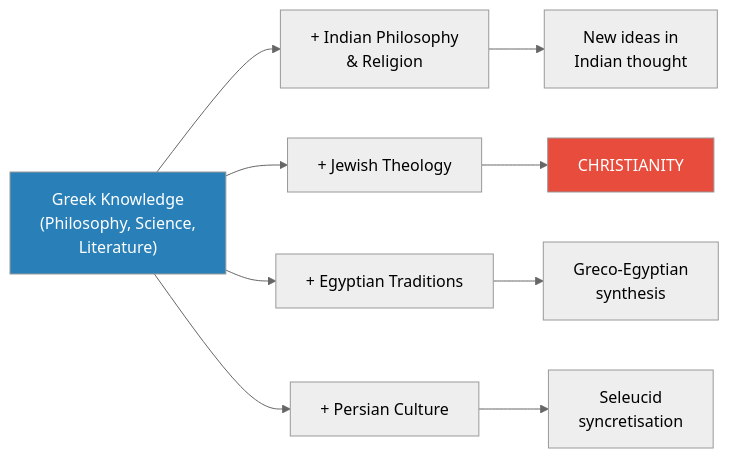
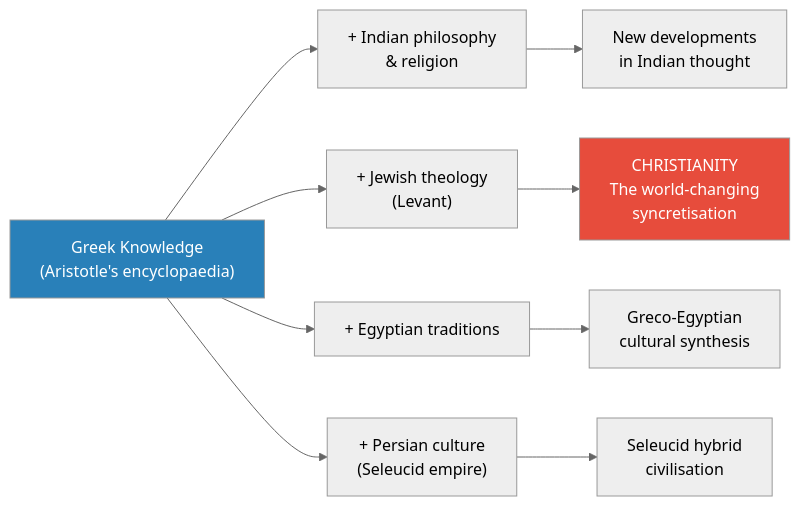
The seventh of 7 diagrams in summaries/Lectures/Civilization/13 - Aristotle and the Greek Legacy.md (alius33/reader), drawn with Mermaid (neutral theme) before and after one commit. The commit also changed other lines of this file and 26 other files, not shown here.

````diff
--- a/summaries/Lectures/Civilization/13 - Aristotle and the Greek Legacy.md
+++ b/summaries/Lectures/Civilization/13 - Aristotle and the Greek Legacy.md
@@ -300,13 +341,13 @@
 ```mermaid
 flowchart LR
-    GK["Greek Knowledge<br/>(Philosophy, Science,<br/>Literature)"] --> S1["+ Indian Philosophy<br/>& Religion"]
-    GK --> S2["+ Jewish Theology"]
-    GK --> S3["+ Egyptian Traditions"]
-    GK --> S4["+ Persian Culture"]
-    S1 --> I1["New ideas in<br/>Indian thought"]
-    S2 --> CHR["CHRISTIANITY"]
-    S3 --> I3["Greco-Egyptian<br/>synthesis"]
-    S4 --> I4["Seleucid<br/>syncretisation"]
+    GK["Greek Knowledge<br/>(Aristotle's encyclopaedia)"] --> S1["+ Indian philosophy<br/>& religion"]
+    GK --> S2["+ Jewish theology<br/>(Levant)"]
+    GK --> S3["+ Egyptian traditions"]
+    GK --> S4["+ Persian culture<br/>(Seleucid empire)"]
+    S1 --> I1["New developments<br/>in Indian thought"]
+    S2 --> CHR["CHRISTIANITY<br/>The world-changing<br/>syncretisation"]
+    S3 --> I3["Greco-Egyptian<br/>cultural synthesis"]
+    S4 --> I4["Seleucid hybrid<br/>civilisation"]
     style GK fill:#2980b9,color:#fff
     style CHR fill:#e74c3c,color:#fff
 ```
````
